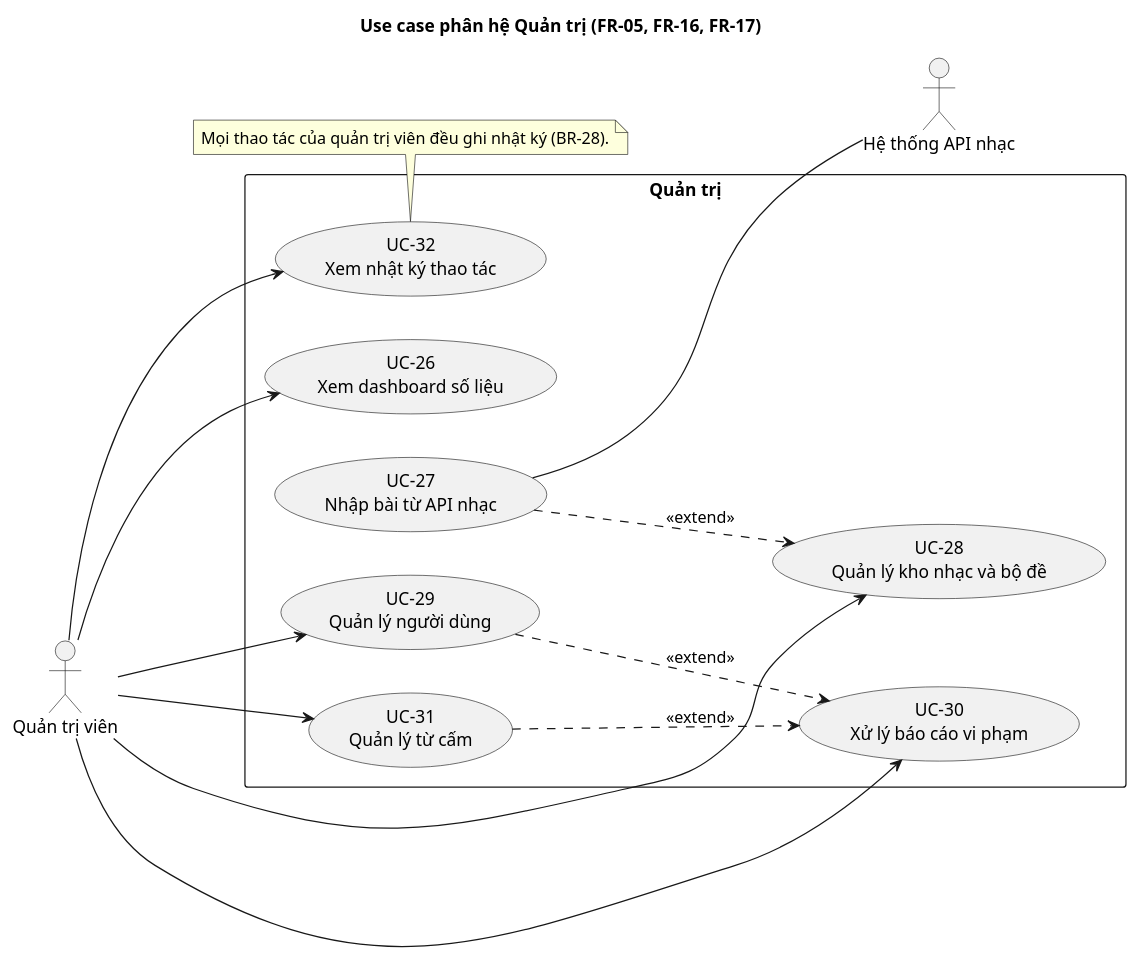
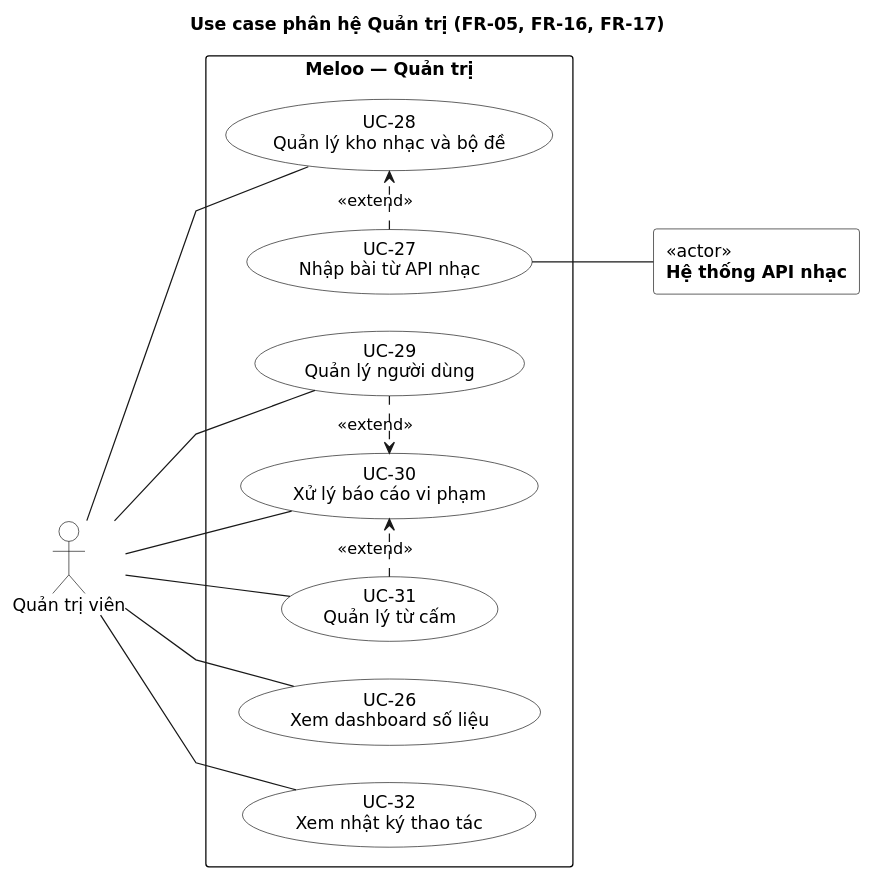
The diagram in docs/uml/usecase/uc-05-quan-tri.puml (ThaiDevv/meloo), drawn with PlantUML before and after one commit. The commit also changed 12 other files, not shown here.

Commit message:
docs(uml): vẽ lại sơ đồ use case theo khung hệ thống, đủ 34 use case

```diff
--- a/docs/uml/usecase/uc-05-quan-tri.puml
+++ b/docs/uml/usecase/uc-05-quan-tri.puml
@@ -1,35 +1,43 @@
 @startuml uc-05-quan-tri
 title Use case phân hệ Quản trị (FR-05, FR-16, FR-17)
 left to right direction
 skinparam shadowing false
-skinparam packageStyle rectangle
+skinparam linetype polyline
+skinparam nodesep 30
+skinparam ranksep 80
+skinparam defaultFontName DejaVu Sans
+skinparam usecase {
+  BackgroundColor white
+  BorderColor black
+}
+skinparam actor {
+  BackgroundColor white
+  BorderColor black
+}
+skinparam rectangle {
+  BackgroundColor white
+  BorderColor black
+}
 
 actor "Quản trị viên" as Admin
-actor "Hệ thống API nhạc" as MusicAPI
-
-rectangle "Quản trị" {
+rectangle "<<actor>>\n**Hệ thống API nhạc**" as Music
+rectangle "**Meloo — Quản trị**" {
   usecase "UC-26\nXem dashboard số liệu" as UC26
-  usecase "UC-27\nNhập bài từ API nhạc" as UC27
-  usecase "UC-28\nQuản lý kho nhạc và bộ đề" as UC28
+  usecase "UC-32\nXem nhật ký thao tác" as UC32
+  usecase "UC-31\nQuản lý từ cấm" as UC31
   usecase "UC-29\nQuản lý người dùng" as UC29
   usecase "UC-30\nXử lý báo cáo vi phạm" as UC30
-  usecase "UC-31\nQuản lý từ cấm" as UC31
-  usecase "UC-32\nXem nhật ký thao tác" as UC32
+  usecase "UC-28\nQuản lý kho nhạc và bộ đề" as UC28
+  usecase "UC-27\nNhập bài từ API nhạc" as UC27
 }
-
-Admin --> UC26
-Admin --> UC28
-Admin --> UC29
-Admin --> UC30
-Admin --> UC31
-Admin --> UC32
-
-UC27 ..> UC28 : <<extend>>
-UC27 -- MusicAPI
-UC29 ..> UC30 : <<extend>>
-UC31 ..> UC30 : <<extend>>
-
-note bottom of UC32
-  Mọi thao tác của quản trị viên đều ghi nhật ký (BR-28).
-end note
+Admin -- UC26
+Admin -- UC28
+Admin -- UC29
+Admin -- UC30
+Admin -- UC31
+Admin -- UC32
+UC27 .right.> UC28 : <<extend>>
+UC29 .right.> UC30 : <<extend>>
+UC31 .right.> UC30 : <<extend>>
+UC27 -- Music
 @enduml
```
